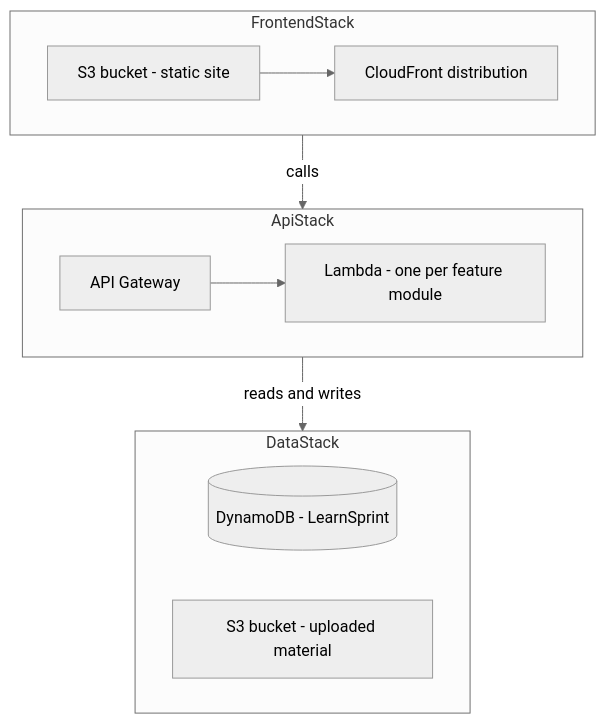
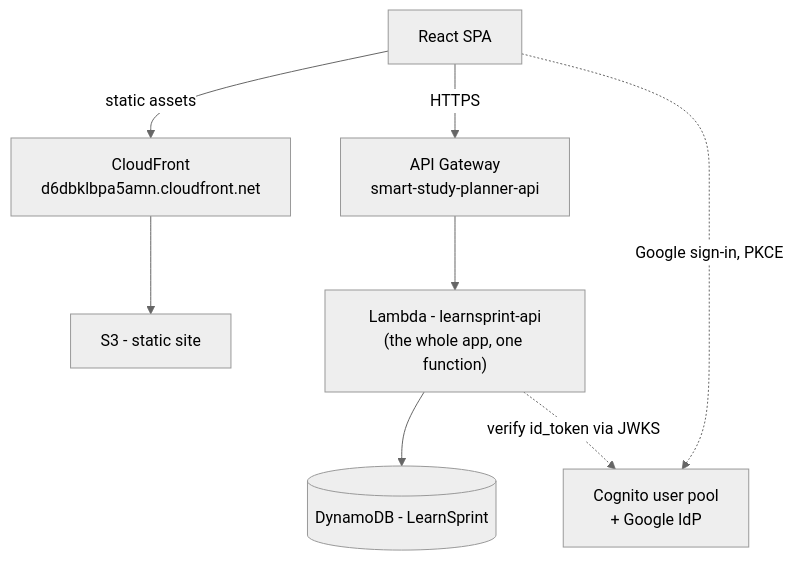
The diagram in docs/diagrams/deployment.md (barbh1913/LearnSprint-), drawn with Mermaid (neutral theme) before and after one commit. The commit also changed other lines of this file and 10 other files, not shown here.

````diff
--- a/docs/diagrams/deployment.md
+++ b/docs/diagrams/deployment.md
@@ -14,22 +18,16 @@
 ```mermaid
 flowchart TB
-    subgraph FrontendStack
-        S3F["S3 bucket - static site"]
-        CFD["CloudFront distribution"]
-        S3F --> CFD
-    end
+    Browser["React SPA"]
+    CF["CloudFront<br/>d6dbklbpa5amn.cloudfront.net"]
+    S3F["S3 - static site"]
+    GW["API Gateway<br/>smart-study-planner-api"]
+    L["Lambda - learnsprint-api<br/>(the whole app, one function)"]
+    DDB[("DynamoDB - LearnSprint")]
+    Cognito["Cognito user pool<br/>+ Google IdP"]
 
-    subgraph DataStack
-        DDB[("DynamoDB - LearnSprint")]
-        S3U["S3 bucket - uploaded material"]
-    end
-
-    subgraph ApiStack
-        GW["API Gateway"]
-        L["Lambda - one per feature module"]
-        GW --> L
-    end
-
-    ApiStack -->|reads and writes| DataStack
-    FrontendStack -->|calls| ApiStack
+    Browser -->|static assets| CF --> S3F
+    Browser -->|HTTPS| GW --> L
+    L --> DDB
+    Browser -.->|Google sign-in, PKCE| Cognito
+    L -.->|verify id_token via JWKS| Cognito
 ```
````
